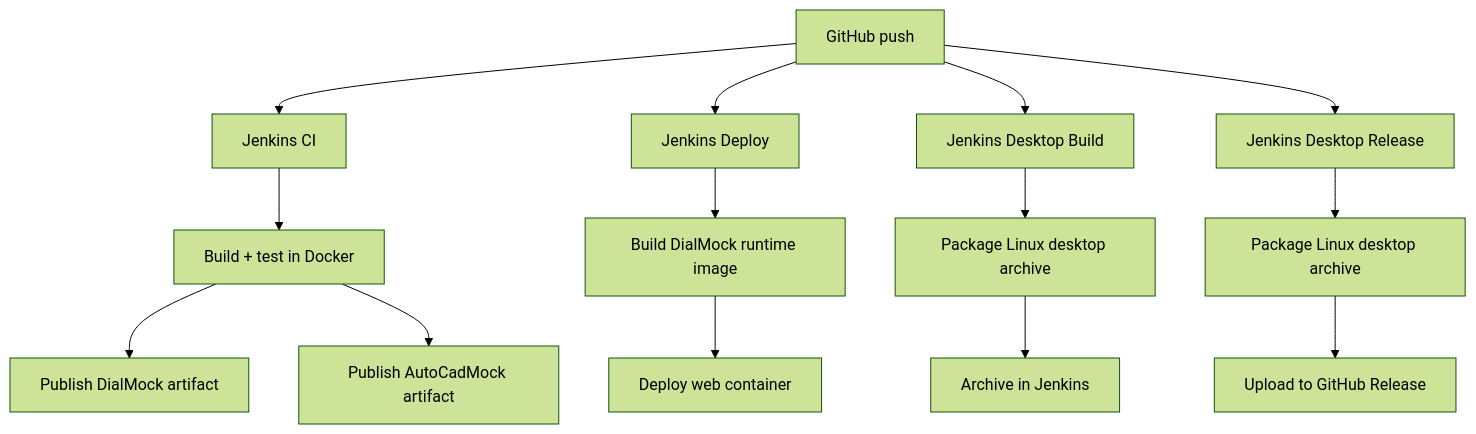
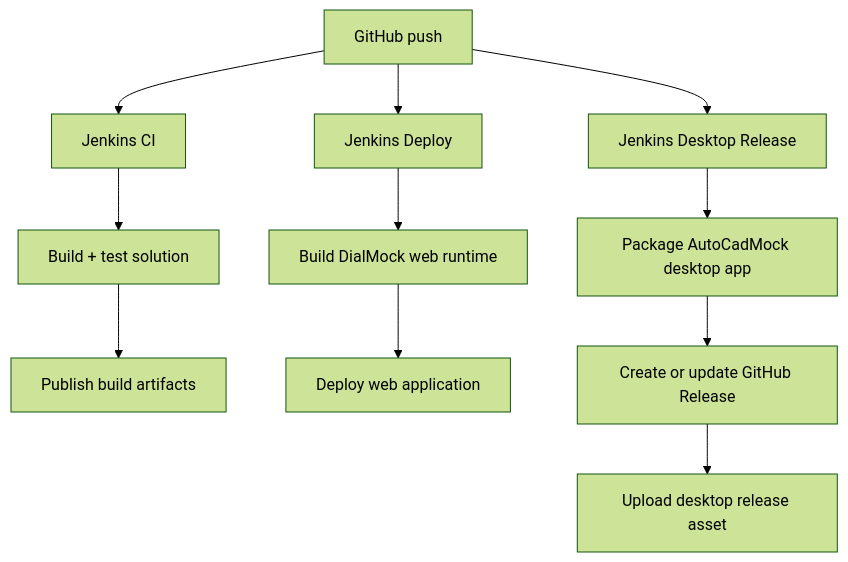
One commit to nathabee/csharp changed the second of 3 diagrams in README.md. Above: the diagram before and after it, drawn with Mermaid (forest theme). The commit also changed other lines of this file and 1 other file, not shown here.

Commit message:
1.2.2 Phase 12 : CI/CD - Windows desktop packaging

`````diff
--- a/README.md
+++ b/README.md
@@ -200,20 +206,16 @@
 ```mermaid
 flowchart TD
     A[GitHub push] --> B[Jenkins CI]
     A --> C[Jenkins Deploy]
-    A --> D[Jenkins Desktop Build]
-    A --> E[Jenkins Desktop Release]
+    A --> D[Jenkins Desktop Release]
 
-    B --> F[Build + test in Docker]
-    F --> G[Publish DialMock artifact]
-    F --> H[Publish AutoCadMock artifact]
+    B --> E[Build + test solution]
+    E --> F[Publish build artifacts]
 
-    C --> I[Build DialMock runtime image]
-    I --> J[Deploy web container]
+    C --> G[Build DialMock web runtime]
+    G --> H[Deploy web application]
 
-    D --> K[Package Linux desktop archive]
-    K --> L[Archive in Jenkins]
-
-    E --> M[Package Linux desktop archive]
-    M --> N[Upload to GitHub Release]
-````
+    D --> I[Package AutoCadMock desktop app]
+    I --> J[Create or update GitHub Release]
+    J --> K[Upload desktop release asset]
+```
`````
